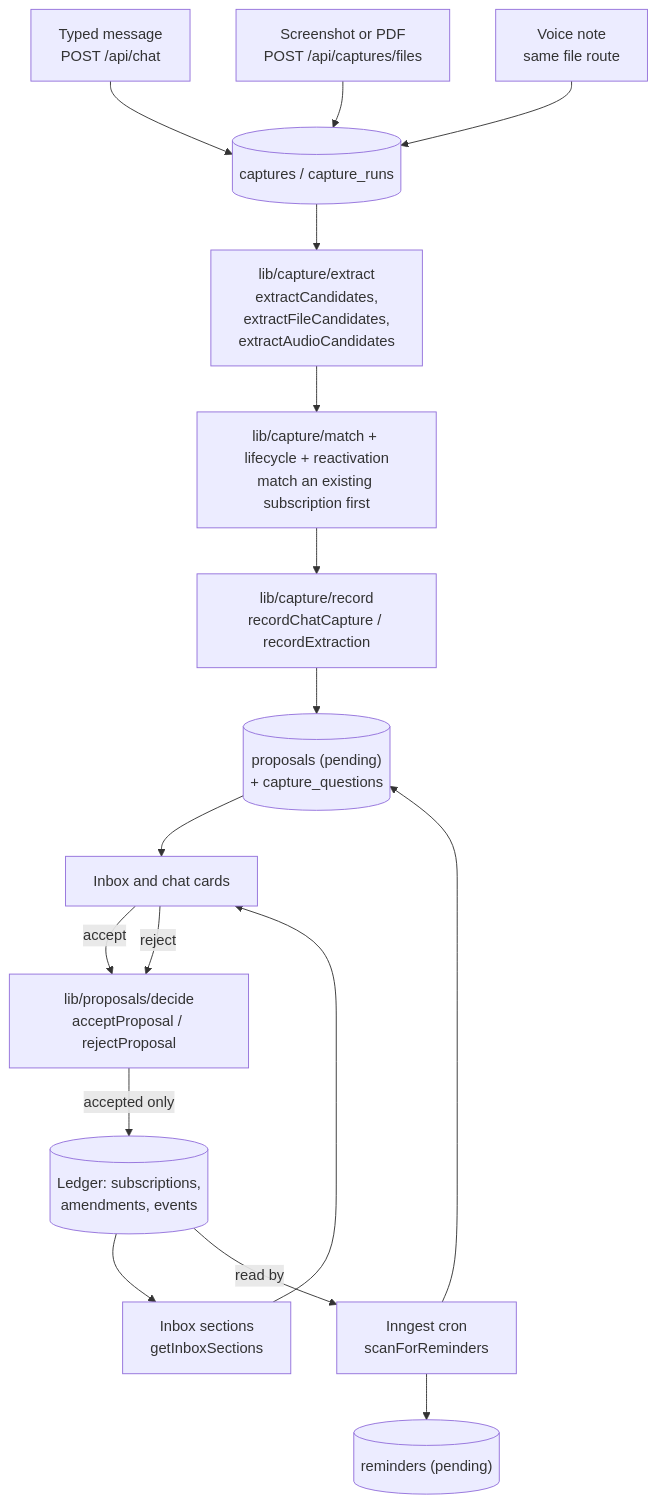
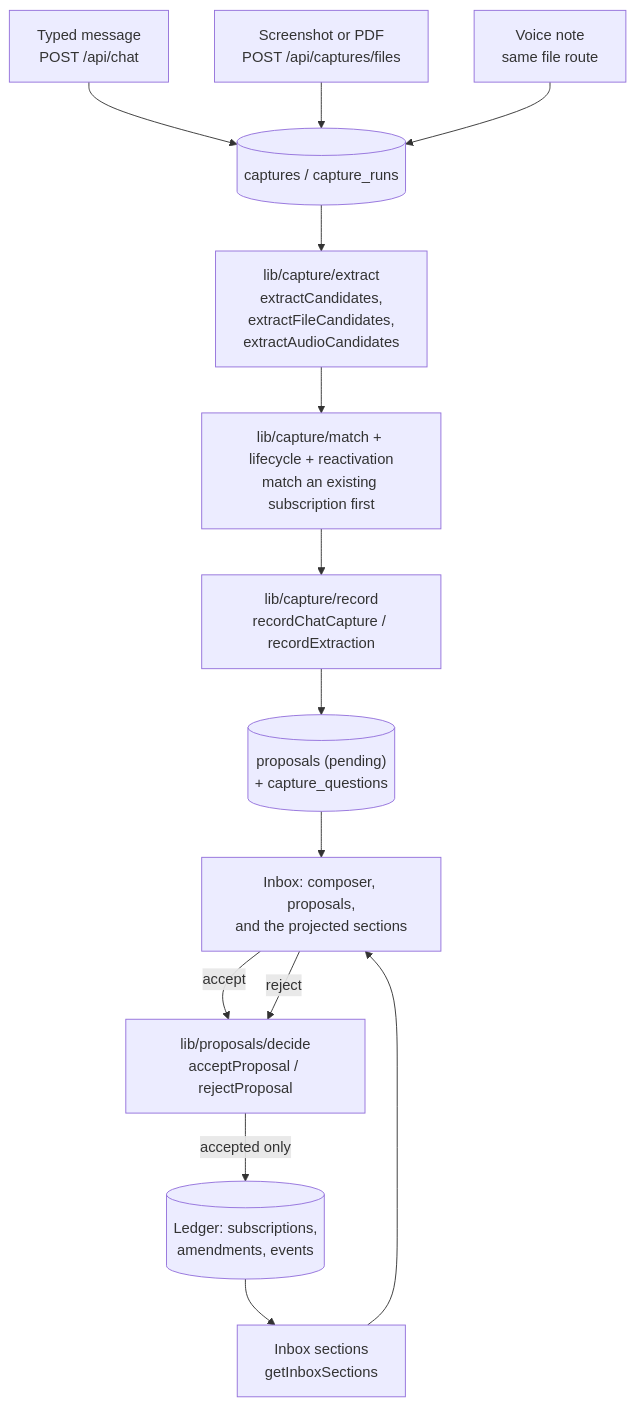
One commit to bhaveshbusa/subscription-records changed the second of 4 diagrams in docs/architecture.md. Above: the diagram before and after it, drawn with Mermaid. The commit also changed other lines of this file and 35 other files, not shown here.

Commit message:
SUB-35: Drop reminders, the scans, and Inngest (#38)

````diff
--- a/docs/architecture.md
+++ b/docs/architecture.md
@@ -88,36 +83,31 @@
 ```mermaid
 flowchart TD
   msg["Typed message<br/>POST /api/chat"]
   file["Screenshot or PDF<br/>POST /api/captures/files"]
   voice["Voice note<br/>same file route"]
 
   captures[("captures / capture_runs")]
   extract["lib/capture/extract<br/>extractCandidates,<br/>extractFileCandidates,<br/>extractAudioCandidates"]
   match["lib/capture/match + lifecycle + reactivation<br/>match an existing subscription first"]
   record["lib/capture/record<br/>recordChatCapture / recordExtraction"]
   proposals[("proposals (pending)<br/>+ capture_questions")]
-  inbox["Inbox and chat cards"]
+  inbox["Inbox: composer, proposals,<br/>and the projected sections"]
   decide["lib/proposals/decide<br/>acceptProposal / rejectProposal"]
   ledger[("Ledger: subscriptions,<br/>amendments, events")]
 
-  scan["Inngest cron<br/>scanForReminders"]
-  reminders[("reminders (pending)")]
   sections["Inbox sections<br/>getInboxSections"]
 
   msg --> captures
   file --> captures
   voice --> captures
   captures --> extract
   extract --> match
   match --> record
   record --> proposals
   proposals --> inbox
   inbox -- accept --> decide
   inbox -- reject --> decide
   decide -- "accepted only" --> ledger
-  scan --> proposals
-  scan --> reminders
   ledger --> sections
   sections --> inbox
-  ledger -- "read by" --> scan
 ```
````
